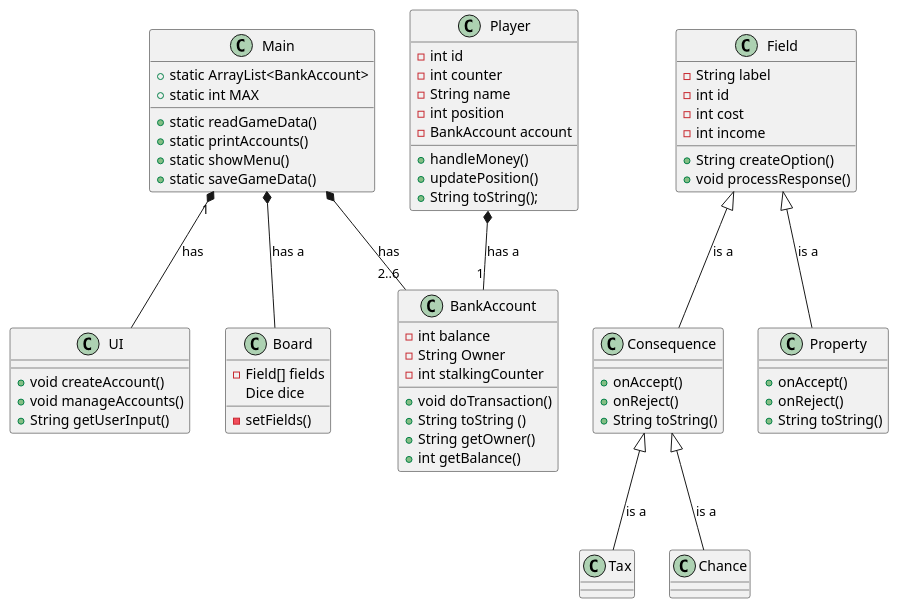
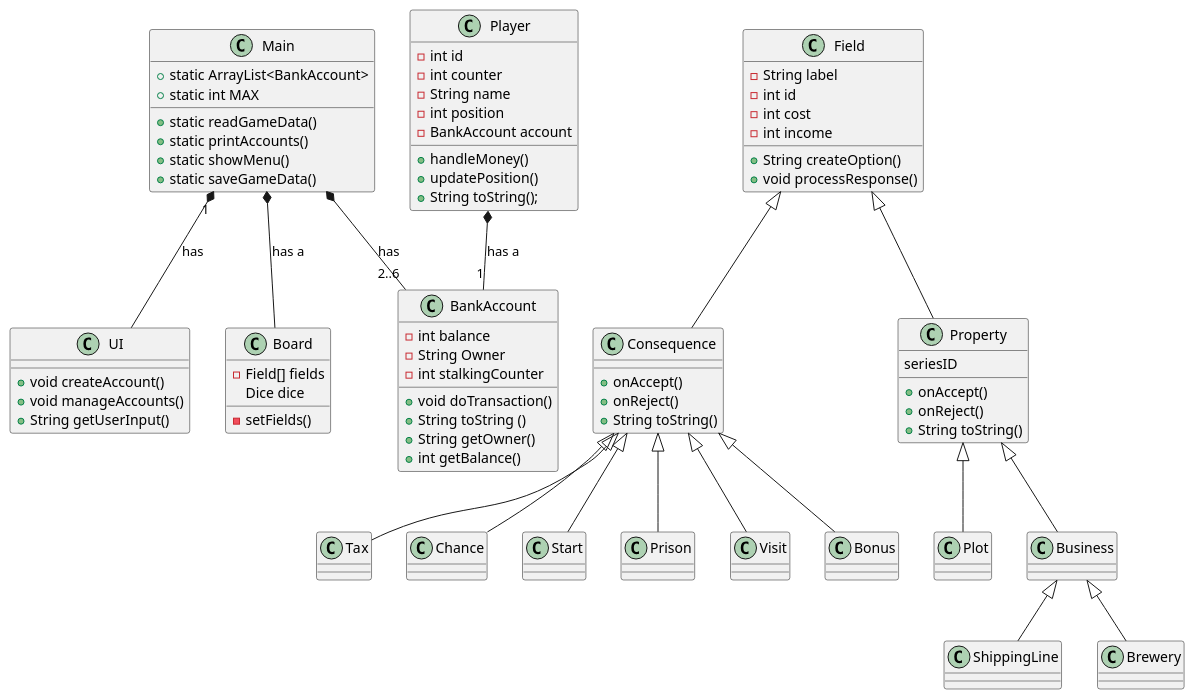
One commit to coerth/Opgaver changed the diagram in Arbejdsmappe/IntelliJ/bank/src/Overview.puml. Above: the diagram before and after it, drawn with PlantUML. The commit also changed 39 other files, not shown here.

```diff
--- a/Arbejdsmappe/IntelliJ/bank/src/Overview.puml
+++ b/Arbejdsmappe/IntelliJ/bank/src/Overview.puml
@@ -1,62 +1,72 @@
 @startuml
 'https://plantuml.com/sequence-diagram
 
 Main  *-- "2..6" BankAccount : has
 Main "1" *-- UI : has
 Player *-- "1" BankAccount : has a
-Field <|-- Consequence : is a
-Field <|-- Property : is a
+Field <|-- Consequence
+Field <|-- Property
 Main *-- Board : has a
-Consequence <|-- Tax : is a
-Consequence <|-- Chance : is a
+Consequence <|-- Tax
+Consequence <|-- Chance
+Consequence <|-- Start
+Consequence <|-- Prison
+Consequence <|-- Visit
+Consequence <|-- Bonus
+Property <|-- Plot
+Property <|-- Business
+Business <|-- ShippingLine
+Business <|-- Brewery
+
 
 Player : - int id
 Player : - int counter
 Player : - String name
 Player : - int position
 Player : - BankAccount account
 Player : + handleMoney()
 Player : + updatePosition()
 Player : + String toString();
 
 BankAccount : - int balance
 BankAccount : - String Owner
 BankAccount : - int stalkingCounter
 BankAccount : + void doTransaction()
 BankAccount : + String toString ()
 BankAccount : + String getOwner()
 BankAccount : + int getBalance()
 
 UI : + void createAccount()
 UI : + void manageAccounts()
 UI : + String getUserInput()
 
 Main : + static ArrayList<BankAccount>
 Main : + static int MAX
 Main : + static readGameData()
 Main : + static printAccounts()
 Main : + static showMenu()
 Main : + static saveGameData()
 
 Field : - String label
 Field : - int id
 Field : - int cost
 Field : - int income
 Field : + String createOption()
 Field : + void processResponse()
 
 Consequence : + onAccept()
 Consequence : + onReject()
 Consequence : + String toString()
 
+Property : seriesID
 Property : + onAccept()
 Property : + onReject()
 Property : + String toString()
 
 Board : - Field[] fields
 Board : Dice dice
 Board : - setFields()
 
 
 
 @enduml
```
